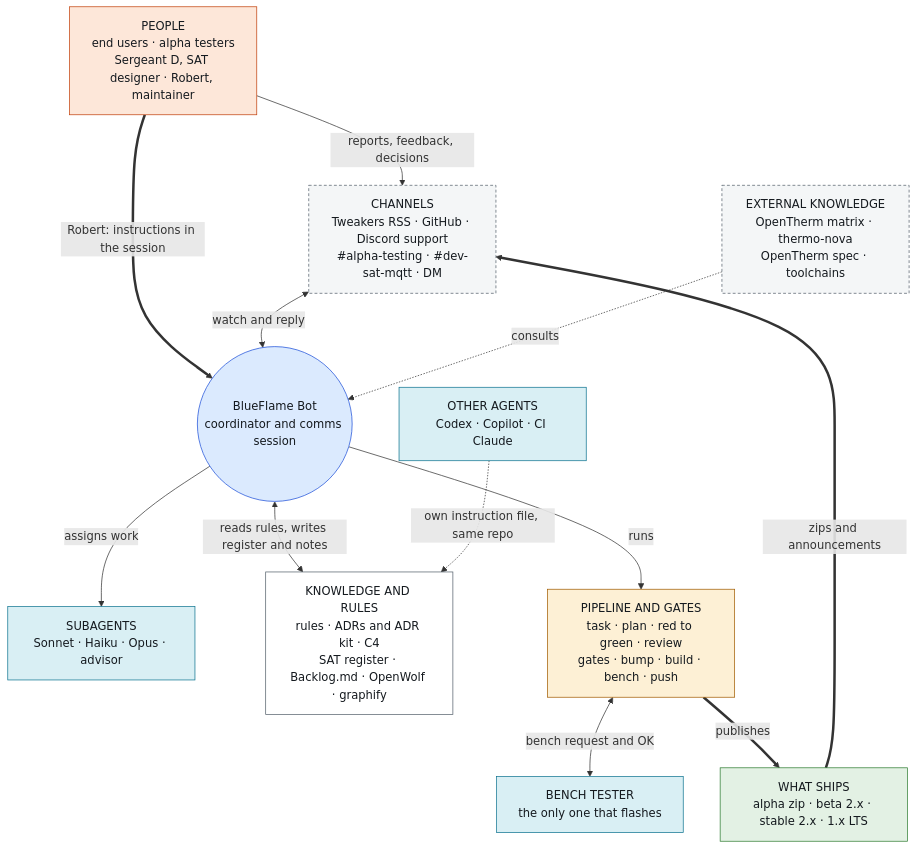
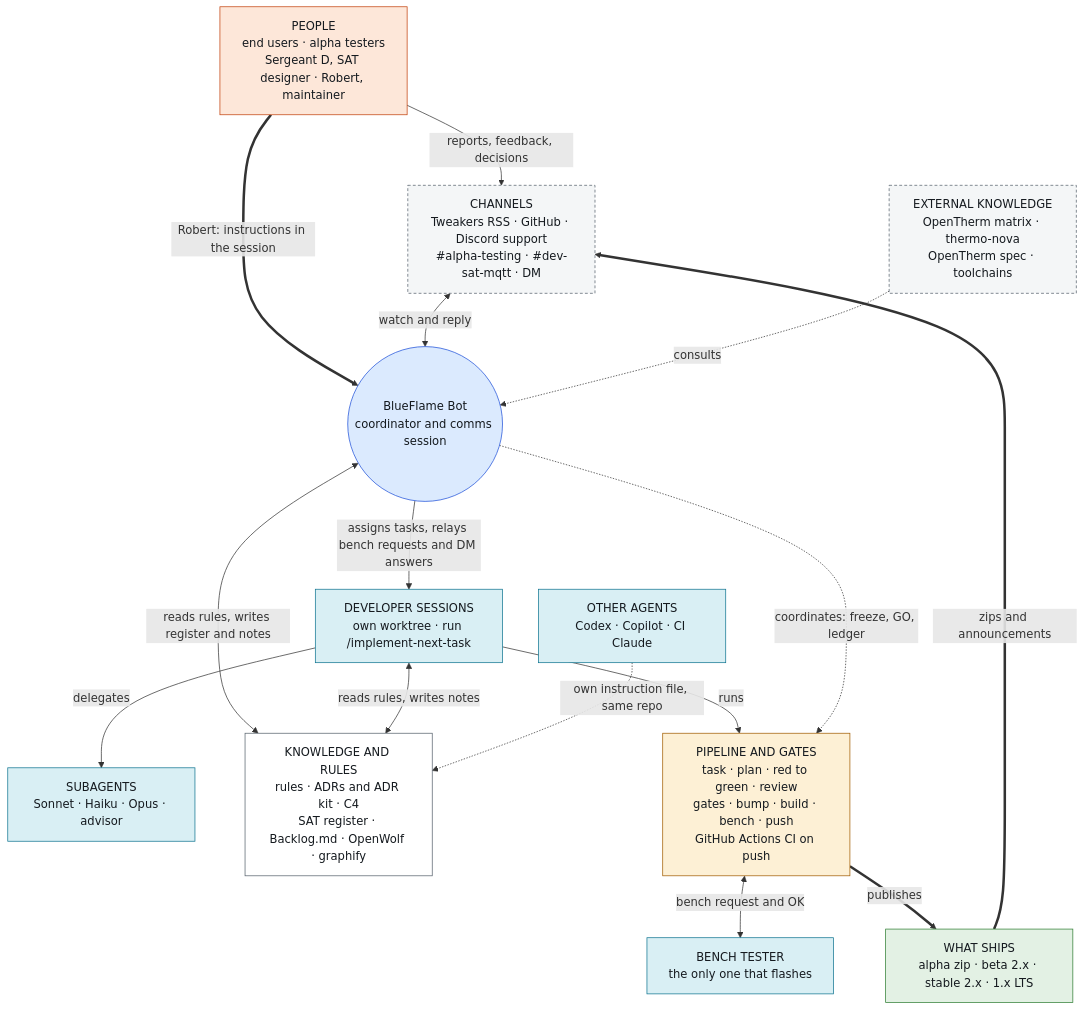
One commit to rvdbreemen/OTGW-firmware changed the first of 48 diagrams in docs/process/agentic-setup.md. Above: the diagram before and after it, drawn with Mermaid. The commit also changed other lines of this file and 1 other file, not shown here.

First line of the commit message:
docs(process): TASK-1984 checkpoint: editor and web review in progress

````diff
--- a/docs/process/agentic-setup.md
+++ b/docs/process/agentic-setup.md
@@ -65,31 +68,35 @@
 ```mermaid
 flowchart TB
   classDef human fill:#fde7d9,stroke:#c2410c,color:#151a1f
   classDef agent fill:#d9eff4,stroke:#0e7490,color:#151a1f
   classDef bot fill:#dbeafe,stroke:#1d4ed8,color:#151a1f
   classDef gate fill:#fdf0d5,stroke:#a15c00,color:#151a1f
   classDef store fill:#ffffff,stroke:#56616c,color:#151a1f
   classDef ext fill:#f4f6f7,stroke:#56616c,color:#151a1f,stroke-dasharray:4 3
   classDef ship fill:#e3f1e4,stroke:#2f7d32,color:#151a1f
   M["PEOPLE<br/>end users · alpha testers<br/>Sergeant D, SAT designer · Robert, maintainer"]:::human
   K["CHANNELS<br/>Tweakers RSS · GitHub · Discord support<br/>#alpha-testing · #dev-sat-mqtt · DM"]:::ext
   BF(("BlueFlame Bot<br/>coordinator and comms session")):::bot
+  DEV["DEVELOPER SESSIONS<br/>own worktree · run /implement-next-task"]:::agent
   SUB["SUBAGENTS<br/>Sonnet · Haiku · Opus · advisor"]:::agent
   BT["BENCH TESTER<br/>the only one that flashes"]:::agent
   OA["OTHER AGENTS<br/>Codex · Copilot · CI Claude"]:::agent
   KN["KNOWLEDGE AND RULES<br/>rules · ADRs and ADR kit · C4<br/>SAT register · Backlog.md · OpenWolf · graphify"]:::store
   EXT["EXTERNAL KNOWLEDGE<br/>OpenTherm matrix · thermo-nova<br/>OpenTherm spec · toolchains"]:::ext
-  P["PIPELINE AND GATES<br/>task · plan · red to green · review<br/>gates · bump · build · bench · push"]:::gate
+  P["PIPELINE AND GATES<br/>task · plan · red to green · review<br/>gates · bump · build · bench · push<br/>GitHub Actions CI on push"]:::gate
   O["WHAT SHIPS<br/>alpha zip · beta 2.x · stable 2.x · 1.x LTS"]:::ship
   M -->|"reports, feedback, decisions"| K
   M ==>|"Robert: instructions in the session"| BF
   K <-->|"watch and reply"| BF
-  BF -->|"assigns work"| SUB
+  BF -->|"assigns tasks, relays bench requests and DM answers"| DEV
+  DEV -->|"delegates"| SUB
   BF <-->|"reads rules, writes register and notes"| KN
+  DEV <-->|"reads rules, writes notes"| KN
   EXT -.->|"consults"| BF
-  BF -->|"runs"| P
+  DEV -->|"runs"| P
+  BF -.->|"coordinates: freeze, GO, ledger"| P
   P <-->|"bench request and OK"| BT
   P ==>|"publishes"| O
   O ==>|"zips and announcements"| K
   OA -.->|"own instruction file, same repo"| KN
 ```
````
